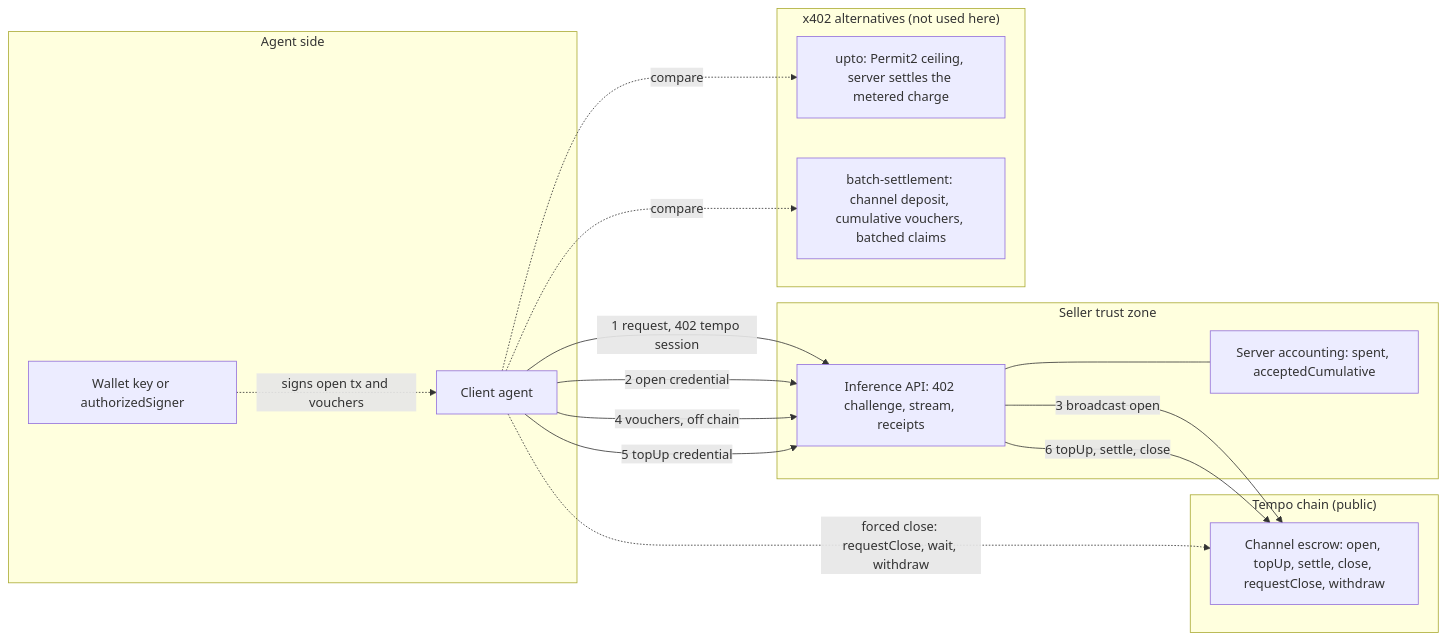
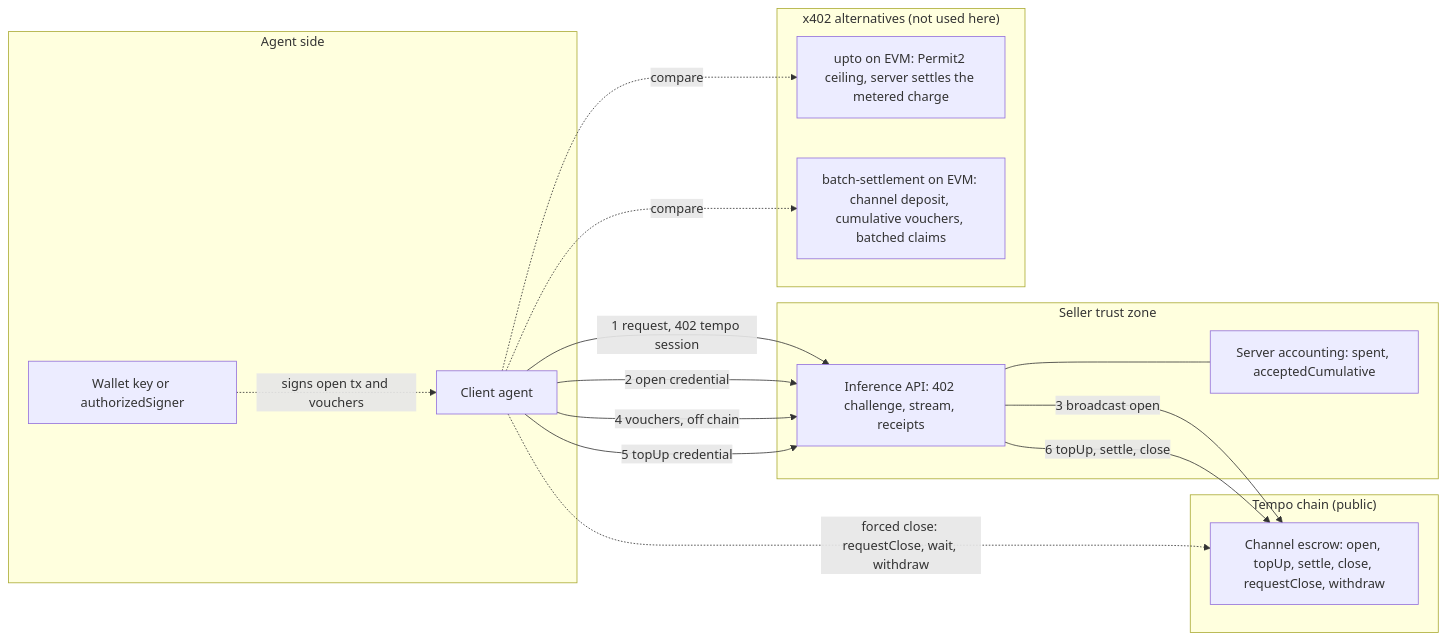
Before and after one commit to mercesAI/agentic-rails-atlas: the diagram in src/content/diagrams/multi-metered-inference-context.mmd, drawn with Mermaid. The commit also changed 114 other files, not shown here.

```diff
--- a/src/content/diagrams/multi-metered-inference-context.mmd
+++ b/src/content/diagrams/multi-metered-inference-context.mmd
@@ -1,27 +1,27 @@
 flowchart LR
   subgraph AZ["Agent side"]
     AG["Client agent"]
     WK["Wallet key or authorizedSigner"]
   end
   subgraph SZ["Seller trust zone"]
     API["Inference API: 402 challenge, stream, receipts"]
     ACC["Server accounting: spent, acceptedCumulative"]
   end
   subgraph TZ["Tempo chain (public)"]
     ESC["Channel escrow: open, topUp, settle, close, requestClose, withdraw"]
   end
   subgraph XZ["x402 alternatives (not used here)"]
-    UP["upto: Permit2 ceiling, server settles the metered charge"]
-    BS["batch-settlement: channel deposit, cumulative vouchers, batched claims"]
+    UP["upto on EVM: Permit2 ceiling, server settles the metered charge"]
+    BS["batch-settlement on EVM: channel deposit, cumulative vouchers, batched claims"]
   end
   AG -- "1 request, 402 tempo session" --> API
   WK -. "signs open tx and vouchers" .-> AG
   AG -- "2 open credential" --> API
   API -- "3 broadcast open" --> ESC
   AG -- "4 vouchers, off chain" --> API
   API --- ACC
   AG -- "5 topUp credential" --> API
   API -- "6 topUp, settle, close" --> ESC
   AG -. "forced close: requestClose, wait, withdraw" .-> ESC
   AG -. "compare" .-> UP
   AG -. "compare" .-> BS
```
